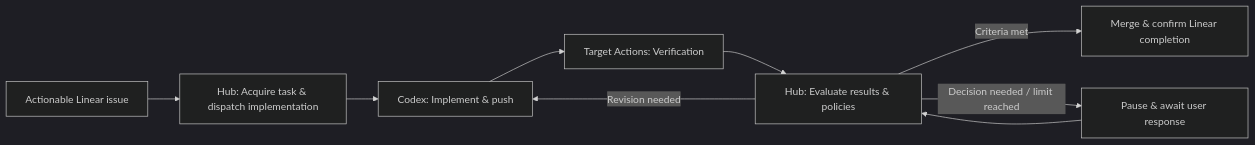
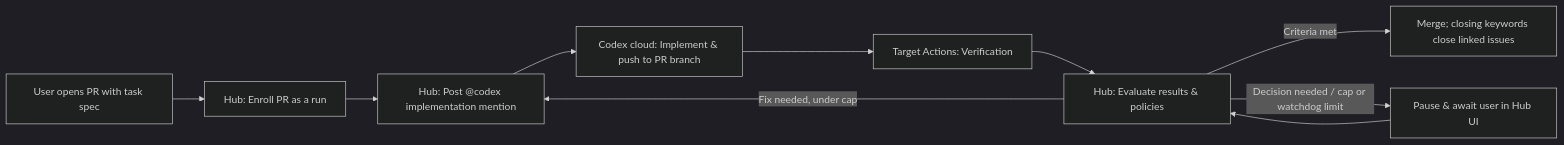
The diagram in docs/architecture.md (mjkimR/auto-hub), drawn with Mermaid (dark theme) before and after one commit. The commit also changed other lines of this file and 42 other files, not shown here.

First line of the commit message:
refactor: replace Linear integration with GitHub PR mention dispatch

````diff
--- a/docs/architecture.md
+++ b/docs/architecture.md
@@ -28,11 +32,12 @@
 ```mermaid
 flowchart LR
-    Linear["Actionable Linear issue"] --> Dispatch["Hub: Acquire task & dispatch implementation"]
-    Dispatch --> Agent["Codex: Implement & push"]
+    PR["User opens PR with task spec"] --> Enroll["Hub: Enroll PR as a run"]
+    Enroll --> Mention["Hub: Post @codex implementation mention"]
+    Mention --> Agent["Codex cloud: Implement & push to PR branch"]
     Agent --> CI["Target Actions: Verification"]
     CI --> Gate["Hub: Evaluate results & policies"]
-    Gate -->|"Revision needed"| Agent
-    Gate -->|"Criteria met"| Merge["Merge & confirm Linear completion"]
-    Gate -->|"Decision needed / limit reached"| Hold["Pause & await user response"]
+    Gate -->|"Fix needed, under cap"| Mention
+    Gate -->|"Criteria met"| Merge["Merge; closing keywords close linked issues"]
+    Gate -->|"Decision needed / cap or watchdog limit"| Hold["Pause & await user in Hub UI"]
     Hold --> Gate
 ```
````
